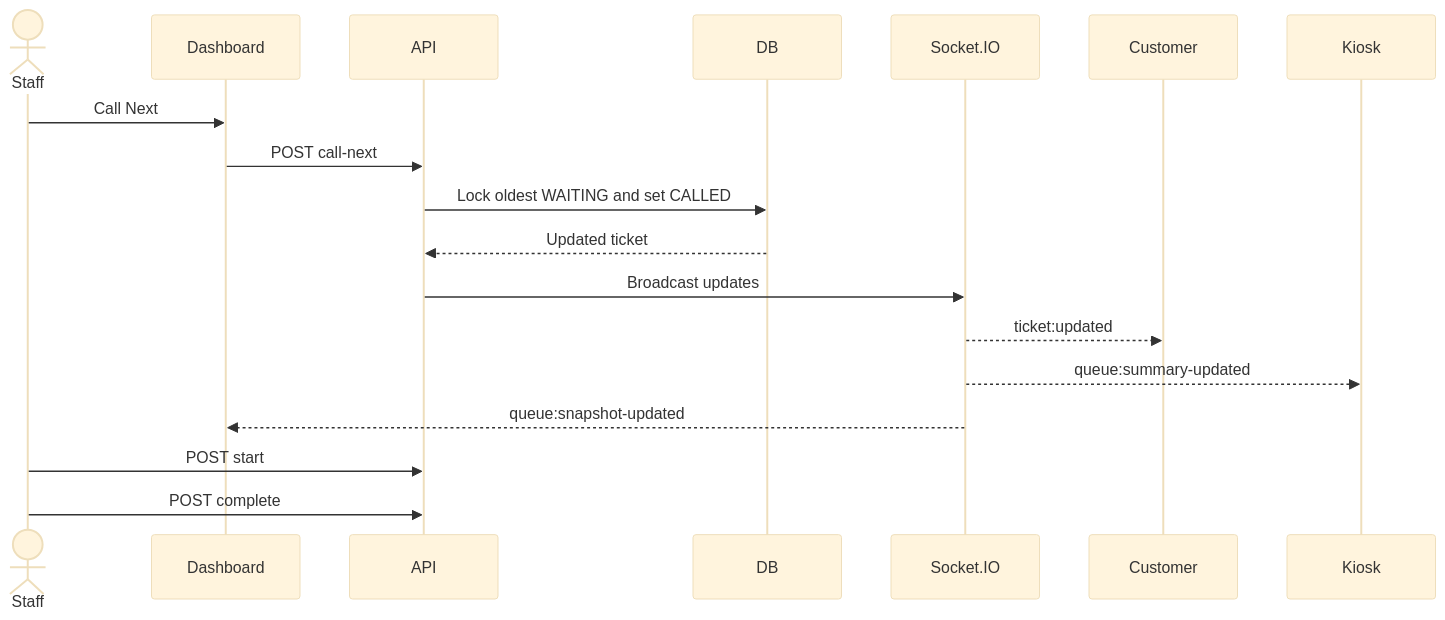
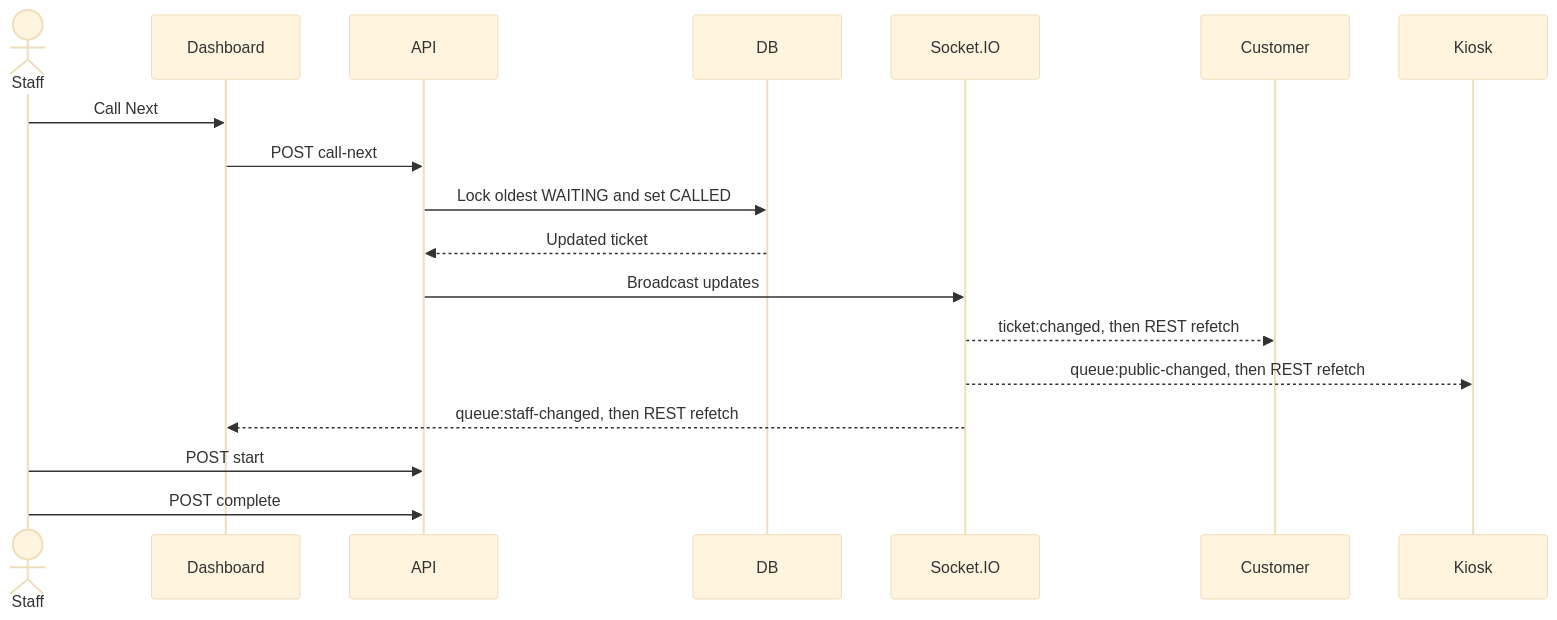
Before and after one commit to GG-Theodore89/H-qeue-systeme: the tenth of 22 diagrams in MVP-CONCEPTION-BLUEPRINT.md, drawn with Mermaid (base theme). The commit also changed other lines of this file, not shown here.

````diff
--- a/MVP-CONCEPTION-BLUEPRINT.md
+++ b/MVP-CONCEPTION-BLUEPRINT.md
@@ -491,21 +513,21 @@
 ```mermaid
 sequenceDiagram
     actor Staff
     participant Dashboard
     participant API
     participant DB
     participant IO as Socket.IO
     participant Customer
     participant Kiosk
 
     Staff->>Dashboard: Call Next
     Dashboard->>API: POST call-next
     API->>DB: Lock oldest WAITING and set CALLED
     DB-->>API: Updated ticket
     API->>IO: Broadcast updates
-    IO-->>Customer: ticket:updated
-    IO-->>Kiosk: queue:summary-updated
-    IO-->>Dashboard: queue:snapshot-updated
+    IO-->>Customer: ticket:changed, then REST refetch
+    IO-->>Kiosk: queue:public-changed, then REST refetch
+    IO-->>Dashboard: queue:staff-changed, then REST refetch
     Staff->>API: POST start
     Staff->>API: POST complete
 ```
````
